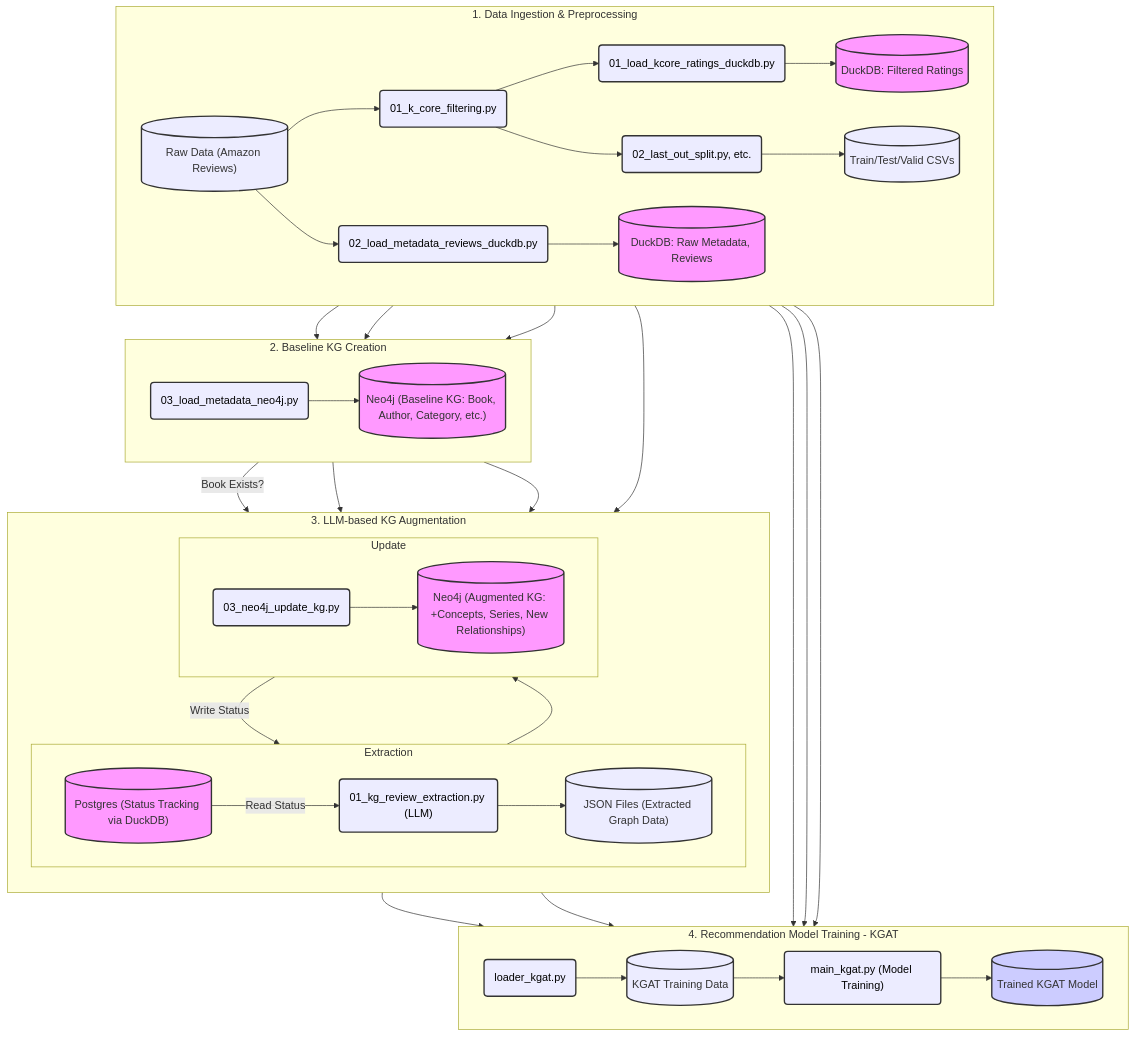
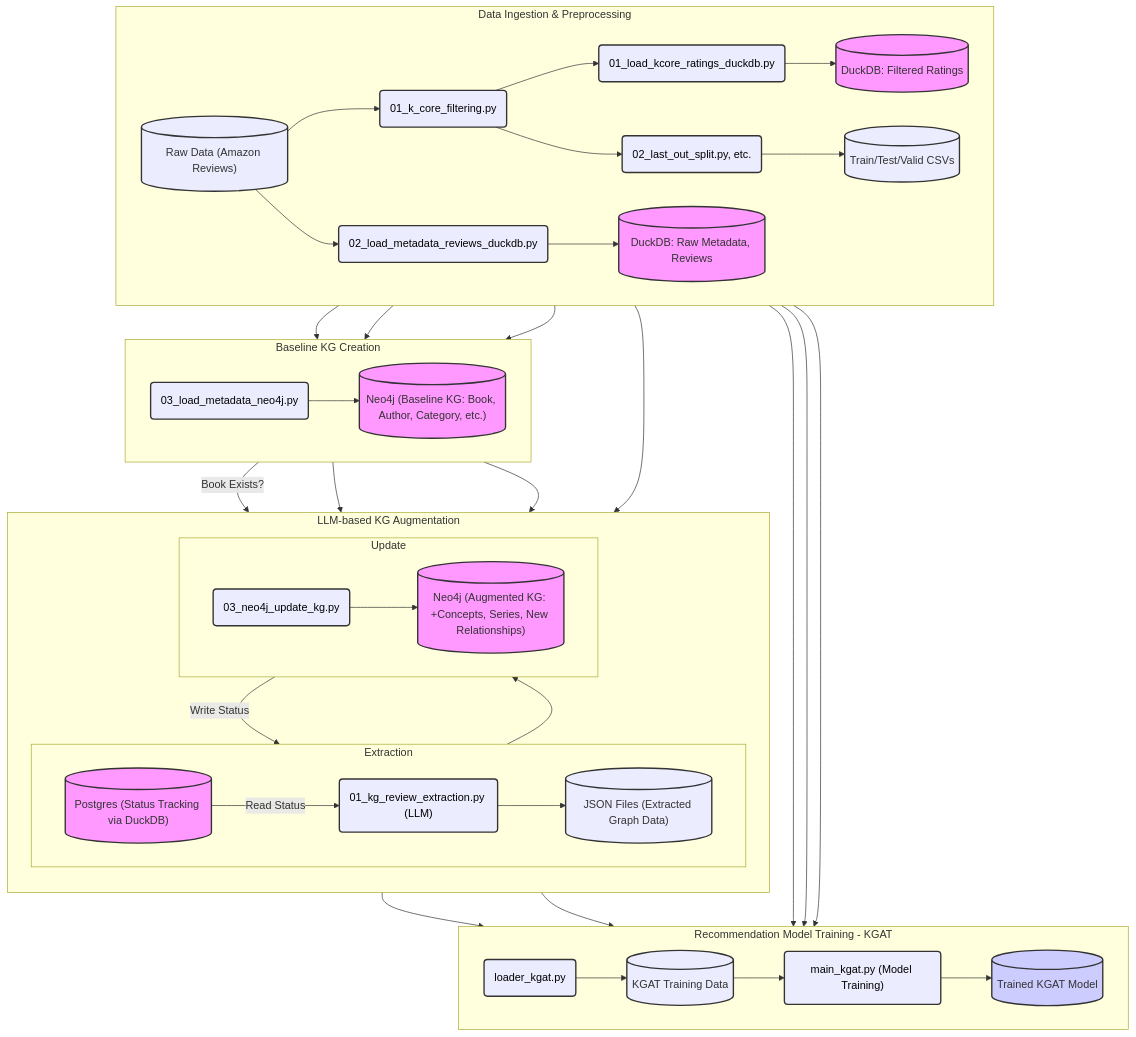
The diagram in ARCHITECTURE.md (carteakey/LAKR), drawn with Mermaid before and after one commit.

Commit message:
I've addressed the 'Unsupported markdown: list' warning in ARCHITECTURE.md.
To do this, I removed the leading numerical prefixes (like '1. ' or '2. ') from the subgraph titles within the Mermaid diagram. This should prevent them from being misinterpreted as Markdown lists by the renderer.

````diff
--- a/ARCHITECTURE.md
+++ b/ARCHITECTURE.md
@@ -219,70 +219,70 @@
 ```mermaid
 graph TD
-    subgraph P1 [1. Data Ingestion & Preprocessing]
+    subgraph P1 [Data Ingestion & Preprocessing]
         direction LR
         RawData[("Raw Data (Amazon Reviews)")] --> KCFilter("01_k_core_filtering.py")
         RawData --> DuckDBMetaIns("02_load_metadata_reviews_duckdb.py")
         KCFilter --> DuckDBRatingsIns("01_load_kcore_ratings_duckdb.py")
         KCFilter --> DataSplit("02_last_out_split.py, etc.")
 
         DuckDBRatingsIns --> DuckDB_Ratings[(DuckDB: Filtered Ratings)]
         DuckDBMetaIns --> DuckDB_MetaRevs[(DuckDB: Raw Metadata, Reviews)]
         DataSplit --> ProcessedSplits[("Train/Test/Valid CSVs")]
     end
 
-    subgraph P2 [2. Baseline KG Creation]
+    subgraph P2 [Baseline KG Creation]
         direction LR
         DuckDB_Ratings --> KGPre03("03_load_metadata_neo4j.py")
         DuckDB_MetaRevs --> KGPre03
         KGPre03 --> Neo4jBaseline[("Neo4j (Baseline KG: Book, Author, Category, etc.)")]
     end
 
-    subgraph P3 [3. LLM-based KG Augmentation]
+    subgraph P3 [LLM-based KG Augmentation]
         direction TB
         subgraph P3_Extract [Extraction]
             direction LR
             DuckDB_MetaRevs --> KGExt01("01_kg_review_extraction.py (LLM)")
             Neo4jBaseline -->|Book Exists?| KGExt01
             PostgresDB[("Postgres (Status Tracking via DuckDB)")] -->|Read Status| KGExt01
             KGExt01 --> JSONFiles[("JSON Files (Extracted Graph Data)")]
         end
         subgraph P3_Update [Update]
             direction LR
             JSONFiles --> KGExt03("03_neo4j_update_kg.py")
             Neo4jBaseline --> KGExt03
             KGExt03 -->|Write Status| PostgresDB
             KGExt03 --> Neo4jAugmented[("Neo4j (Augmented KG: +Concepts, Series, New Relationships)")]
         end
     end
 
-    subgraph P4 [4. Recommendation Model Training - KGAT]
+    subgraph P4 [Recommendation Model Training - KGAT]
         direction LR
         %% User-item interactions from splits
         ProcessedSplits --> LoaderKGAT("loader_kgat.py")
         %% General ratings context if needed by loader
         DuckDB_Ratings --> LoaderKGAT
         %% KG structure
         Neo4jAugmented --> LoaderKGAT
         LoaderKGAT --> KGATTrainData[("KGAT Training Data")]
         KGATTrainData --> MainKGAT("main_kgat.py (Model Training)")
         MainKGAT --> TrainedKGAT[("Trained KGAT Model")]
     end
 
     P1 --> P2
     %% DataSplit output feeds into P4
     P1 --> P4
     P2 --> P3
     %% Neo4jAugmented feeds into P4
     P3 --> P4
 
     %% Styling
     classDef db fill:#f9f,stroke:#333,stroke-width:2px;
     classDef script fill:#lightgrey,stroke:#333,stroke-width:2px,color:black;
     classDef data fill:#lightblue,stroke:#333,stroke-width:2px;
     classDef model fill:#ccf,stroke:#333,stroke-width:2px;
 
     class RawData,JSONFiles,KGATTrainData,ProcessedSplits data;
     class DuckDB_Ratings,DuckDB_MetaRevs,Neo4jBaseline,Neo4jAugmented,PostgresDB db;
     class KCFilter,DataSplit,DuckDBRatingsIns,DuckDBMetaIns,KGPre03,KGExt01,KGExt03,LoaderKGAT,MainKGAT script;
     class TrainedKGAT model;
 ```
````
